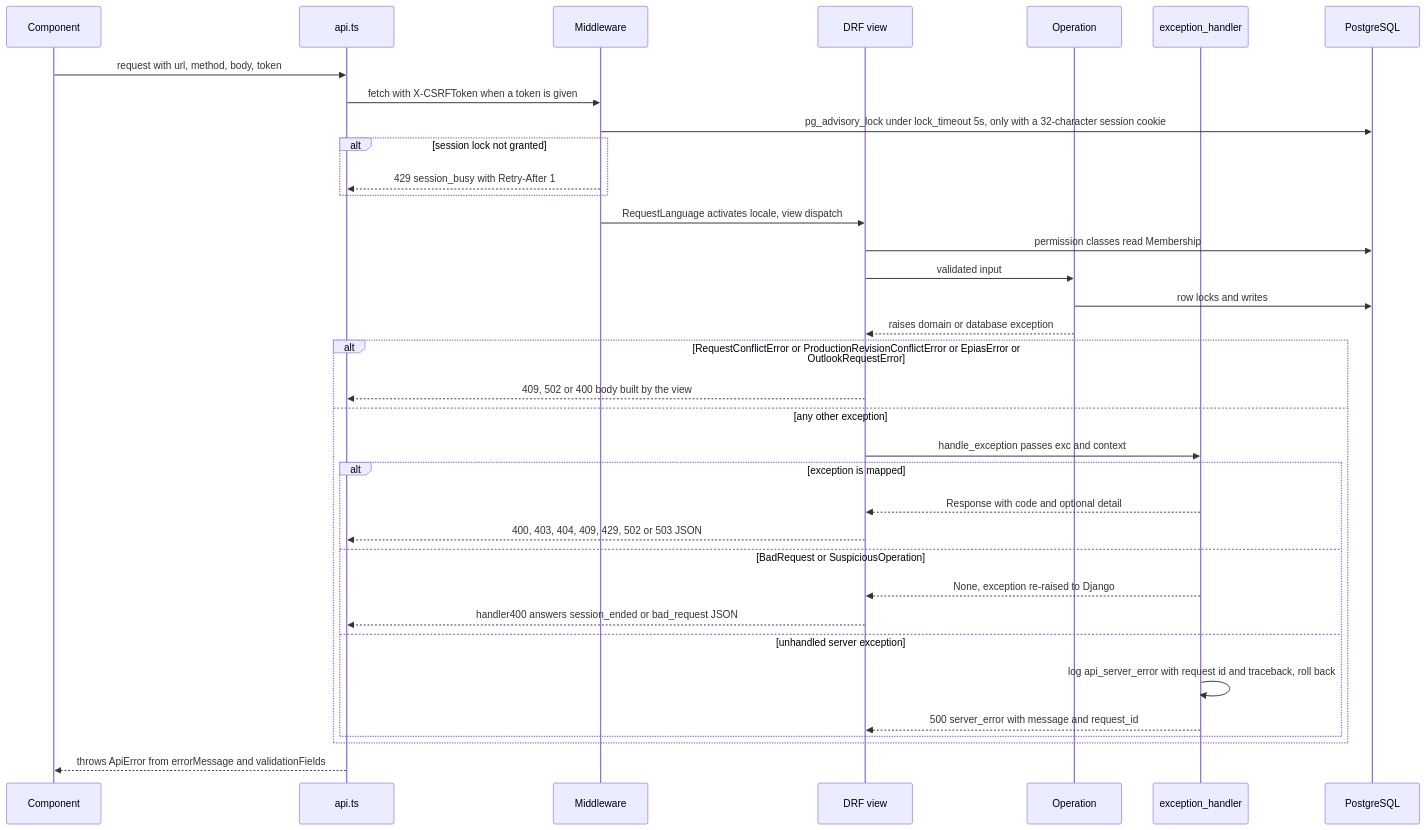
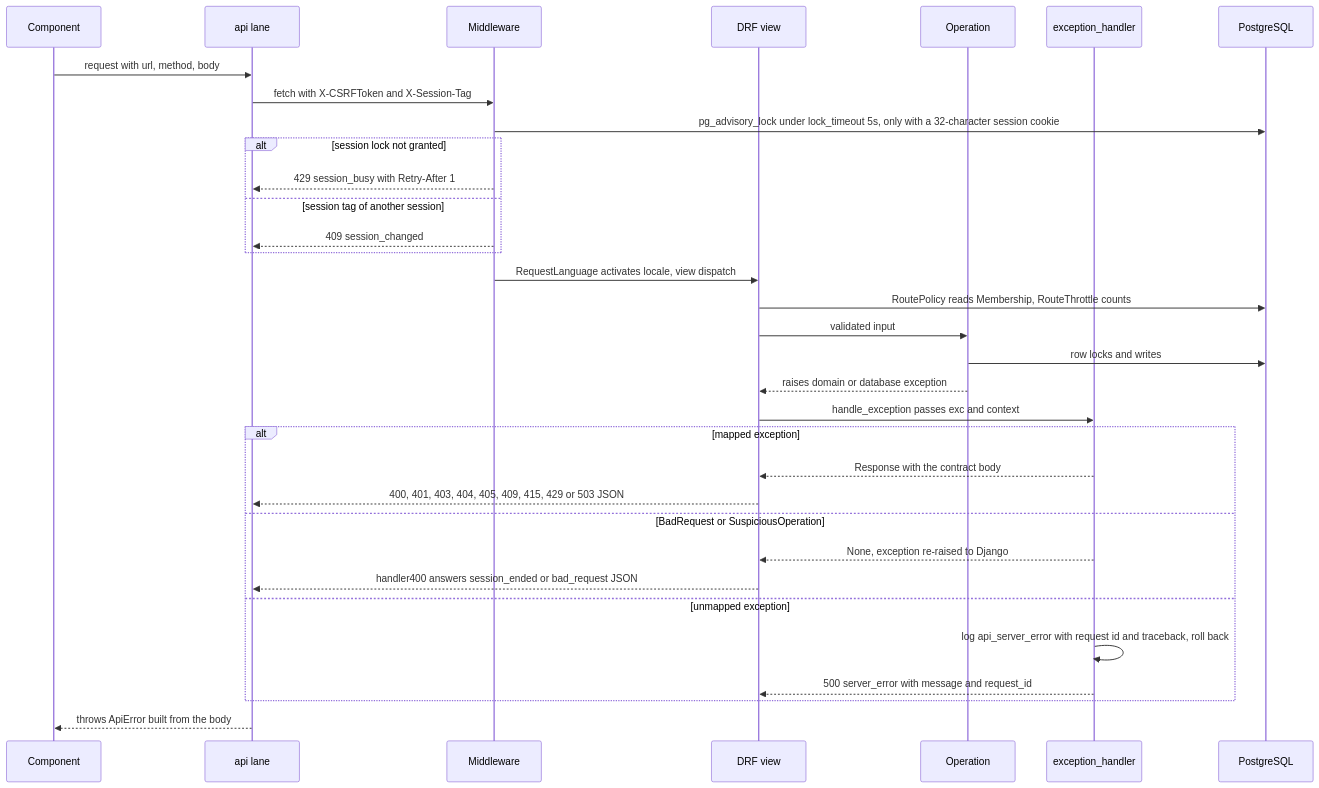
The diagram in docs/flows/api-error-contract.md (erkurtharun/pyracast), drawn with Mermaid before and after one commit. The commit also changed other lines of this file and 85 other files, not shown here.

First line of the commit message:
Bring the flow pages in line with the code (#107)

````diff
--- a/docs/flows/api-error-contract.md
+++ b/docs/flows/api-error-contract.md
@@ -15,37 +16,35 @@
 ```mermaid
 sequenceDiagram
     participant U as Component
-    participant C as api.ts
+    participant C as api lane
     participant M as Middleware
     participant V as DRF view
     participant O as Operation
     participant H as exception_handler
     participant D as PostgreSQL
-    U->>C: request with url, method, body, token
-    C->>M: fetch with X-CSRFToken when a token is given
+    U->>C: request with url, method, body
+    C->>M: fetch with X-CSRFToken and X-Session-Tag
     M->>D: pg_advisory_lock under lock_timeout 5s, only with a 32-character session cookie
     alt session lock not granted
         M-->>C: 429 session_busy with Retry-After 1
+    else session tag of another session
+        M-->>C: 409 session_changed
     end
     M->>V: RequestLanguage activates locale, view dispatch
-    V->>D: permission classes read Membership
+    V->>D: RoutePolicy reads Membership, RouteThrottle counts
     V->>O: validated input
     O->>D: row locks and writes
     O-->>V: raises domain or database exception
-    alt RequestConflictError or ProductionRevisionConflictError or EpiasError or OutlookRequestError
-        V-->>C: 409, 502 or 400 body built by the view
-    else any other exception
-        V->>H: handle_exception passes exc and context
-        alt exception is mapped
-            H-->>V: Response with code and optional detail
-            V-->>C: 400, 403, 404, 409, 429, 502 or 503 JSON
-        else BadRequest or SuspiciousOperation
-            H-->>V: None, exception re-raised to Django
-            V-->>C: handler400 answers session_ended or bad_request JSON
-        else unhandled server exception
-            H->>H: log api_server_error with request id and traceback, roll back
-            H-->>V: 500 server_error with message and request_id
-        end
+    V->>H: handle_exception passes exc and context
+    alt mapped exception
+        H-->>V: Response with the contract body
+        V-->>C: 400, 401, 403, 404, 405, 409, 415, 429 or 503 JSON
+    else BadRequest or SuspiciousOperation
+        H-->>V: None, exception re-raised to Django
+        V-->>C: handler400 answers session_ended or bad_request JSON
+    else unmapped exception
+        H->>H: log api_server_error with request id and traceback, roll back
+        H-->>V: 500 server_error with message and request_id
     end
-    C-->>U: throws ApiError from errorMessage and validationFields
+    C-->>U: throws ApiError built from the body
 ```
````
